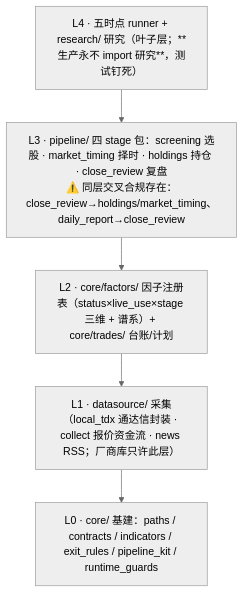
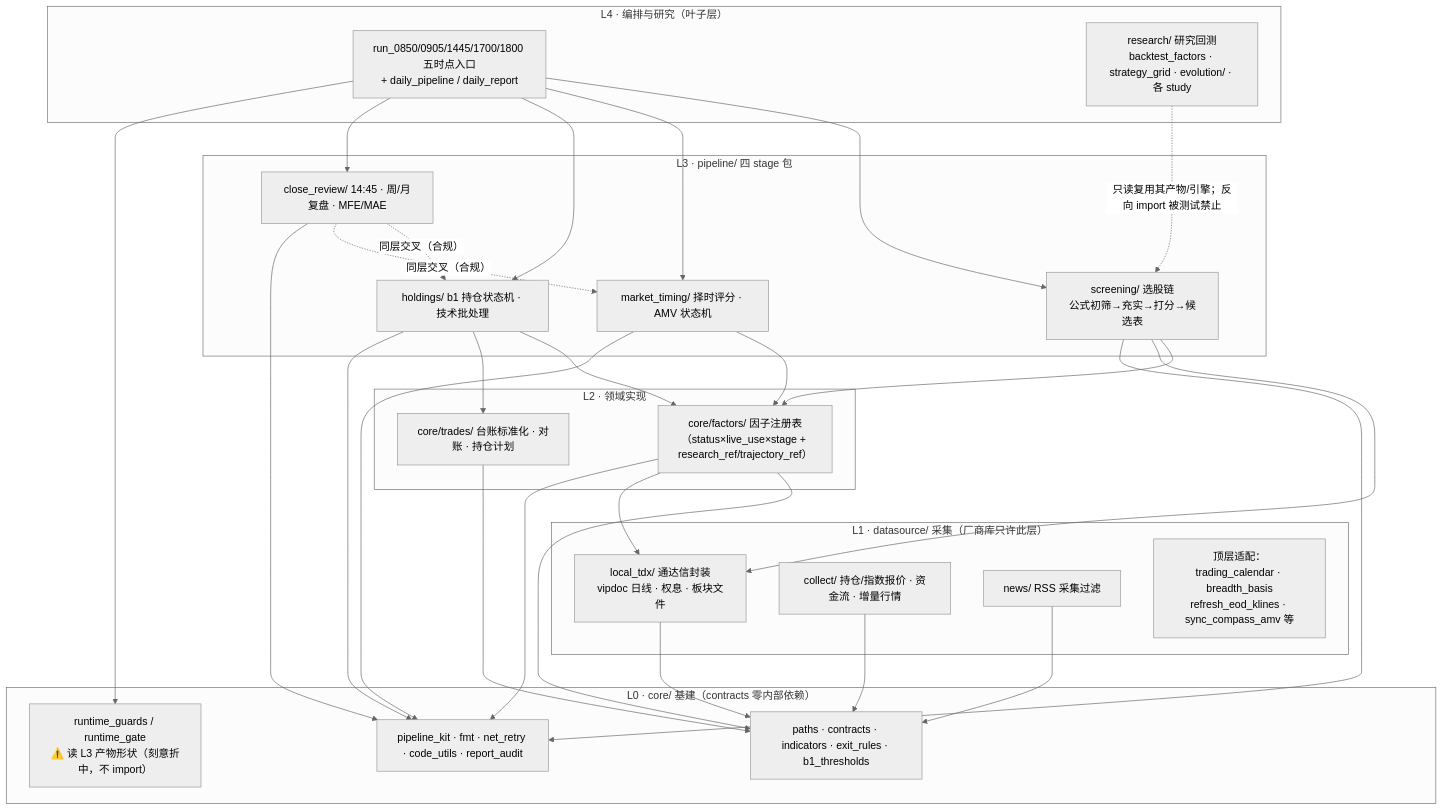
The diagram in AGENTS.md (littleguohao/Custos), drawn with Mermaid (neutral theme) before and after one commit. The commit also changed other lines of this file and 5 other files, not shown here.

````diff
--- a/AGENTS.md
+++ b/AGENTS.md
@@ -35,9 +35,57 @@
 ```mermaid
 flowchart TB
-    L4["L4 · 五时点 runner + research/ 研究（叶子层；**生产永不 import 研究**，测试钉死）"]
-    L3["L3 · pipeline/ 四 stage 包：screening 选股 · market_timing 择时 · holdings 持仓 · close_review 复盘<br/>⚠️ 同层交叉合规存在：close_review→holdings/market_timing、daily_report→close_review"]
-    L2["L2 · core/factors/ 因子注册表（status×live_use×stage 三维 + 谱系）+ core/trades/ 台账/计划"]
-    L1["L1 · datasource/ 采集（local_tdx 通达信封装 · collect 报价资金流 · news RSS；厂商库只许此层）"]
-    L0["L0 · core/ 基建：paths / contracts / indicators / exit_rules / pipeline_kit / runtime_guards"]
-    L4 --> L3 --> L2 --> L1 --> L0
+    subgraph L4["L4 · 编排与研究（叶子层）"]
+        RUN["run_0850/0905/1445/1700/1800 五时点入口<br/>+ daily_pipeline / daily_report"]
+        RES["research/ 研究回测<br/>backtest_factors · strategy_grid · evolution/ · 各 study"]
+    end
+
+    subgraph L3["L3 · pipeline/ 四 stage 包"]
+        SCR["screening/ 选股链<br/>公式初筛→充实→打分→候选表"]
+        MKT["market_timing/ 择时评分 · AMV 状态机"]
+        HLD["holdings/ b1 持仓状态机 · 技术批处理"]
+        REV["close_review/ 14:45 · 周/月复盘 · MFE/MAE"]
+    end
+
+    subgraph L2["L2 · 领域实现"]
+        FAC["core/factors/ 因子注册表<br/>（status×live_use×stage + research_ref/trajectory_ref）"]
+        TRD["core/trades/ 台账标准化 · 对账 · 持仓计划"]
+    end
+
+    subgraph L1["L1 · datasource/ 采集（厂商库只许此层）"]
+        TDX["local_tdx/ 通达信封装<br/>vipdoc 日线 · 权息 · 板块文件"]
+        COL["collect/ 持仓/指数报价 · 资金流 · 增量行情"]
+        NEWS["news/ RSS 采集过滤"]
+        ADP["顶层适配：trading_calendar · breadth_basis<br/>refresh_eod_klines · sync_compass_amv 等"]
+    end
+
+    subgraph L0["L0 · core/ 基建（contracts 零内部依赖）"]
+        INF["paths · contracts · indicators · exit_rules · b1_thresholds"]
+        KIT["pipeline_kit · fmt · net_retry · code_utils · report_audit"]
+        GRD["runtime_guards / runtime_gate<br/>⚠️ 读 L3 产物形状（刻意折中，不 import）"]
+    end
+
+    RUN --> SCR
+    RUN --> MKT
+    RUN --> HLD
+    RUN --> REV
+    RES -.->|"只读复用其产物/引擎；反向 import 被测试禁止"| SCR
+    SCR --> FAC
+    SCR --> TDX
+    MKT --> FAC
+    HLD --> FAC
+    HLD --> TRD
+    REV -.->|"同层交叉（合规）"| HLD
+    REV -.->|"同层交叉（合规）"| MKT
+    FAC --> INF
+    FAC --> TDX
+    TRD --> INF
+    TDX --> INF
+    COL --> INF
+    NEWS --> INF
+    FAC --> KIT
+    SCR --> KIT
+    HLD --> KIT
+    MKT --> KIT
+    REV --> KIT
+    RUN --> GRD
 ```
````
